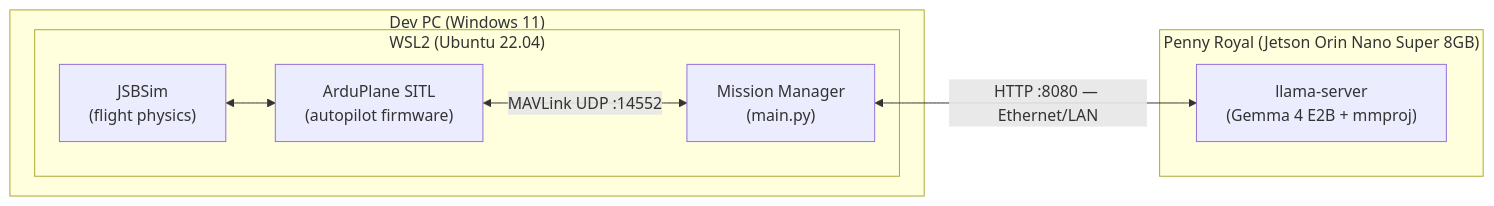
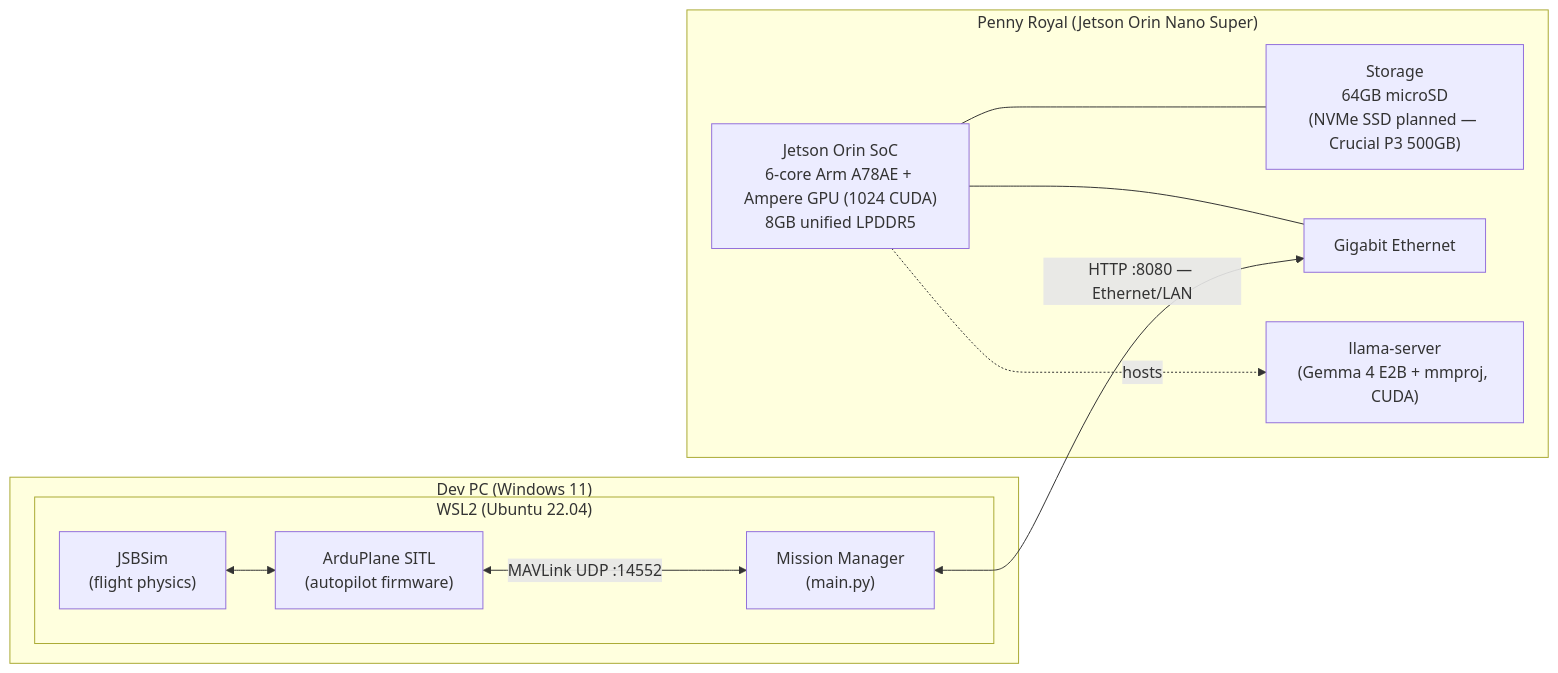
One commit to mattbdotson/LLM-UAV-Mission-Computer changed the second of 2 diagrams in docs/block_definition.md. Above: the diagram before and after it, drawn with Mermaid. The commit also changed other lines of this file, not shown here.

Commit message:
Break out Penny Royal internals — SoC, storage, NIC

````diff
--- a/docs/block_definition.md
+++ b/docs/block_definition.md
@@ -116,18 +116,24 @@
 ```mermaid
 flowchart LR
     subgraph DevPC["Dev PC (Windows 11)"]
         subgraph WSL2["WSL2 (Ubuntu 22.04)"]
             JSBSim["JSBSim<br/>(flight physics)"]
             SITL["ArduPlane SITL<br/>(autopilot firmware)"]
             MM["Mission Manager<br/>(main.py)"]
             JSBSim <--> SITL
             SITL <-->|"MAVLink UDP :14552"| MM
         end
     end
 
-    subgraph PR["Penny Royal (Jetson Orin Nano Super 8GB)"]
-        Llama["llama-server<br/>(Gemma 4 E2B + mmproj)"]
+    subgraph PR["Penny Royal (Jetson Orin Nano Super)"]
+        SoC["Jetson Orin SoC<br/>6-core Arm A78AE + Ampere GPU (1024 CUDA)<br/>8GB unified LPDDR5"]
+        Storage["Storage<br/>64GB microSD<br/>(NVMe SSD planned — Crucial P3 500GB)"]
+        NIC["Gigabit Ethernet"]
+        Llama["llama-server<br/>(Gemma 4 E2B + mmproj, CUDA)"]
+        SoC --- Storage
+        SoC --- NIC
+        SoC -.hosts.-> Llama
     end
 
-    MM <-->|"HTTP :8080 — Ethernet/LAN"| Llama
+    MM <-->|"HTTP :8080 — Ethernet/LAN"| NIC
 ```
````
